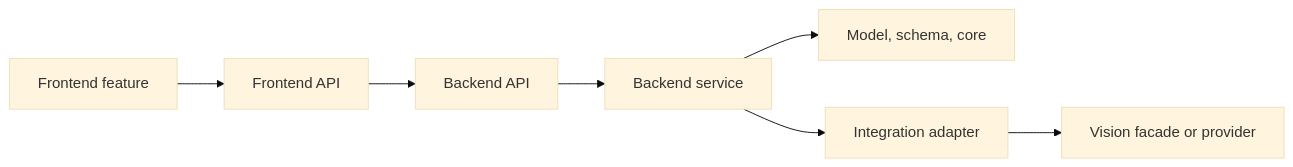
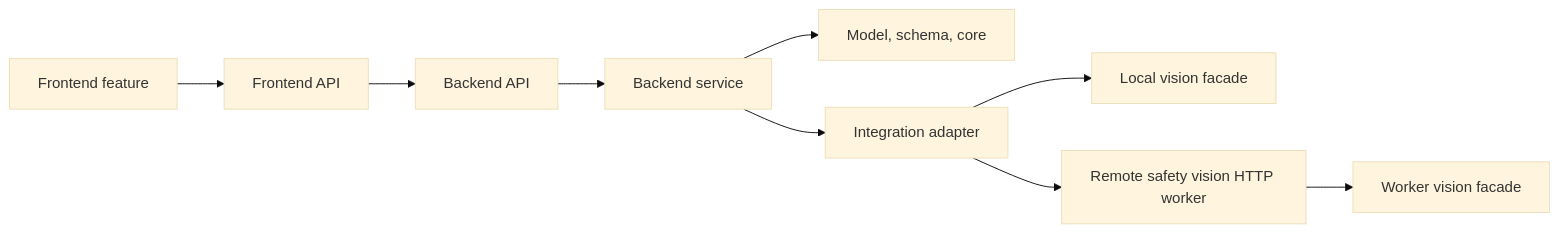
One commit to NguyenNhat4/Sentiel-safety-intelligent changed the first of 4 diagrams in ARCHITECTURE.md. Above: the diagram before and after it, drawn with Mermaid (base theme). The commit also changed other lines of this file and 25 other files, not shown here.

Commit message:
feat: extract remote safety vision worker

````diff
--- a/ARCHITECTURE.md
+++ b/ARCHITECTURE.md
@@ -33,9 +33,11 @@
 ```mermaid
 flowchart LR
     frontendFeature[Frontend feature] --> frontendApi[Frontend API]
     frontendApi --> backendApi[Backend API]
     backendApi --> backendService[Backend service]
     backendService --> modelCore[Model, schema, core]
     backendService --> integration[Integration adapter]
-    integration --> visionFacade[Vision facade or provider]
+    integration --> localVision[Local vision facade]
+    integration --> remoteWorker[Remote safety vision HTTP worker]
+    remoteWorker --> workerVision[Worker vision facade]
 ```
````
